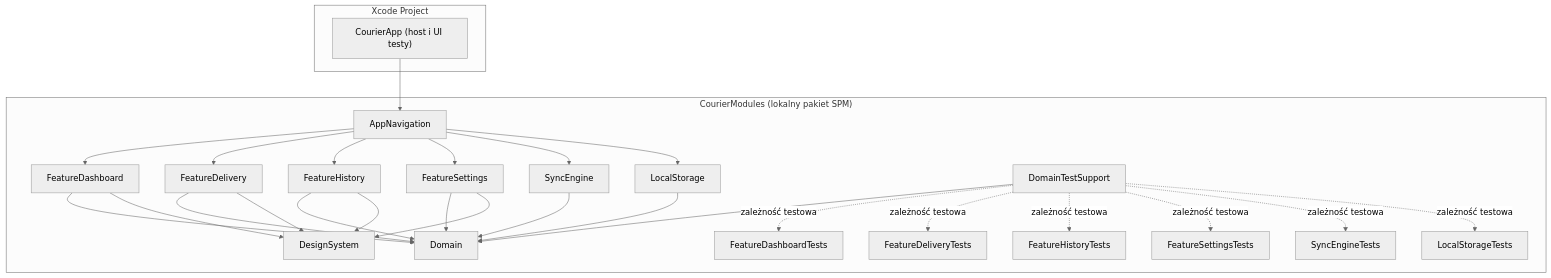
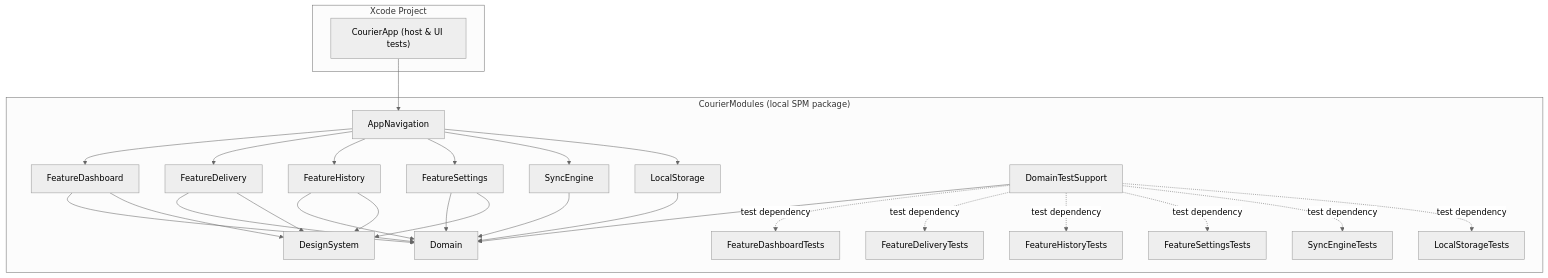
Before and after one commit to kamilgomolka/demo-courier-app: the first of 2 diagrams in Docs/implementationPlan.md, drawn with Mermaid (neutral theme). The commit also changed other lines of this file, not shown here.

````diff
--- a/Docs/implementationPlan.md
+++ b/Docs/implementationPlan.md
@@ -56,20 +56,20 @@
 ```mermaid
 flowchart TD
     subgraph XcodeProject["Xcode Project"]
-        CourierAppHost["CourierApp (host i UI testy)"]
+        CourierAppHost["CourierApp (host & UI tests)"]
     end
 
-    subgraph CourierModules["CourierModules (lokalny pakiet SPM)"]
+    subgraph CourierModules["CourierModules (local SPM package)"]
         AppNavigation --> FeatureDashboard & FeatureDelivery & FeatureHistory & FeatureSettings
         AppNavigation --> SyncEngine & LocalStorage
 
         FeatureDashboard & FeatureDelivery & FeatureHistory & FeatureSettings --> Domain & DesignSystem
         SyncEngine --> Domain
         LocalStorage --> Domain
 
         DomainTestSupport --> Domain
-        DomainTestSupport -.->|zależność testowa| FeatureDashboardTests & FeatureDeliveryTests & FeatureHistoryTests & FeatureSettingsTests & SyncEngineTests & LocalStorageTests
+        DomainTestSupport -.->|test dependency| FeatureDashboardTests & FeatureDeliveryTests & FeatureHistoryTests & FeatureSettingsTests & SyncEngineTests & LocalStorageTests
     end
 
     CourierAppHost --> AppNavigation
 ```
````
